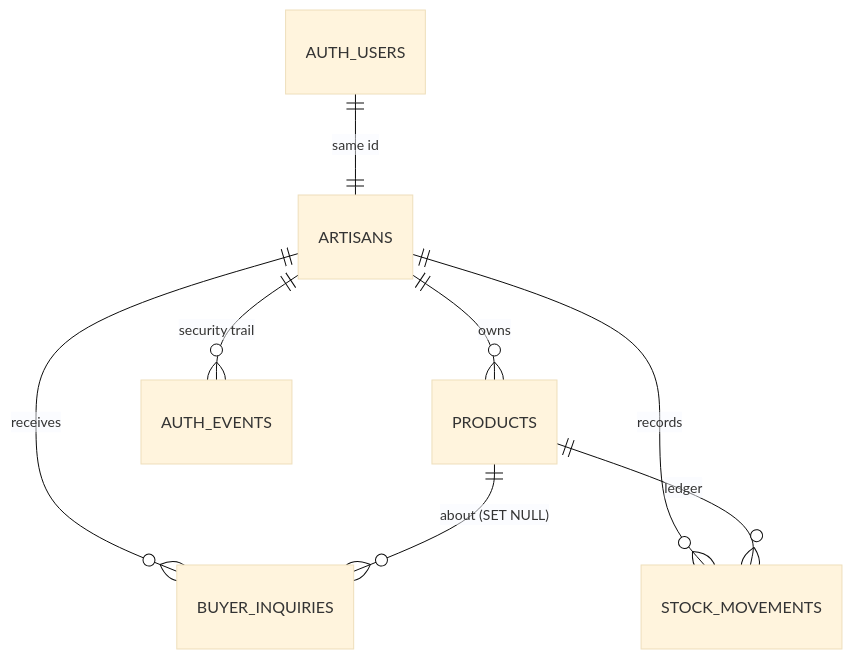
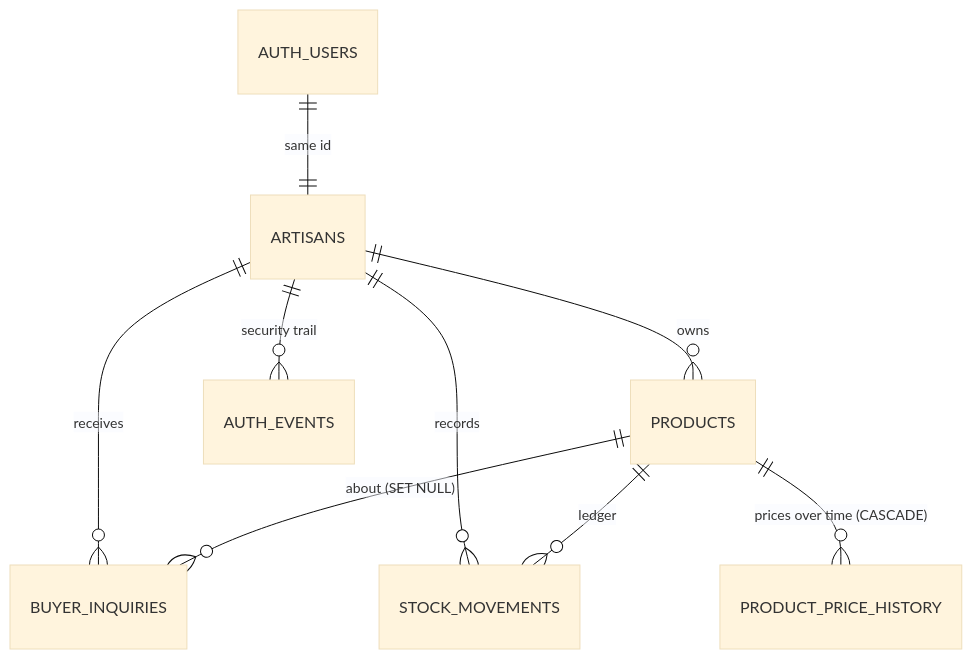
The second of 3 diagrams in README.md (Vishwajit0607/kalaSetu_Ai-), drawn with Mermaid (base theme) before and after one commit. The commit also changed other lines of this file, not shown here.

First line of the commit message:
docs(products): document the product lifecycle module

````diff
--- a/README.md
+++ b/README.md
@@ -257,10 +259,11 @@
 ```mermaid
 erDiagram
   AUTH_USERS ||--|| ARTISANS : "same id"
   ARTISANS ||--o{ PRODUCTS : owns
   ARTISANS ||--o{ BUYER_INQUIRIES : receives
   ARTISANS ||--o{ STOCK_MOVEMENTS : records
   ARTISANS ||--o{ AUTH_EVENTS : "security trail"
   PRODUCTS ||--o{ BUYER_INQUIRIES : "about (SET NULL)"
   PRODUCTS ||--o{ STOCK_MOVEMENTS : ledger
+  PRODUCTS ||--o{ PRODUCT_PRICE_HISTORY : "prices over time (CASCADE)"
 ```
````
